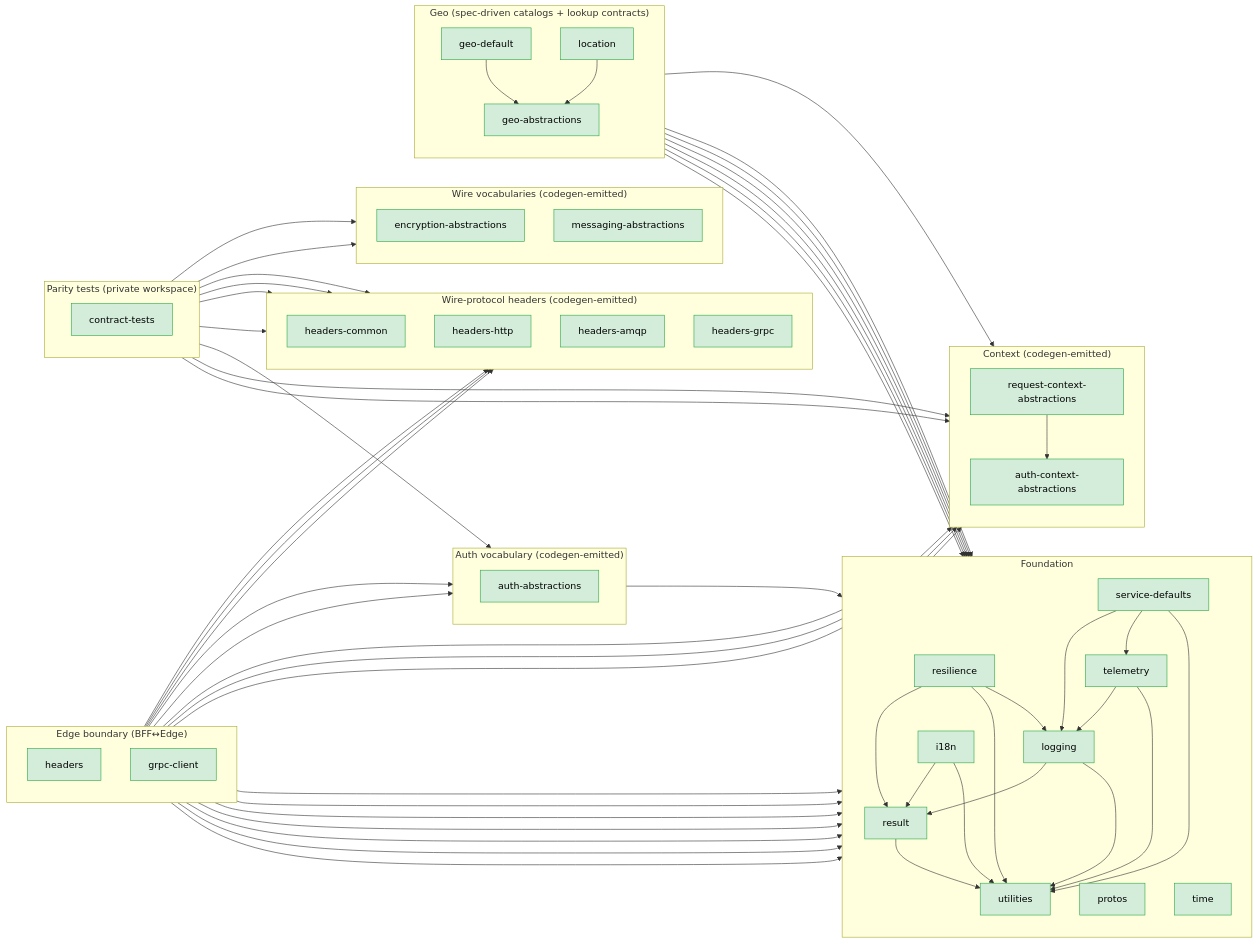
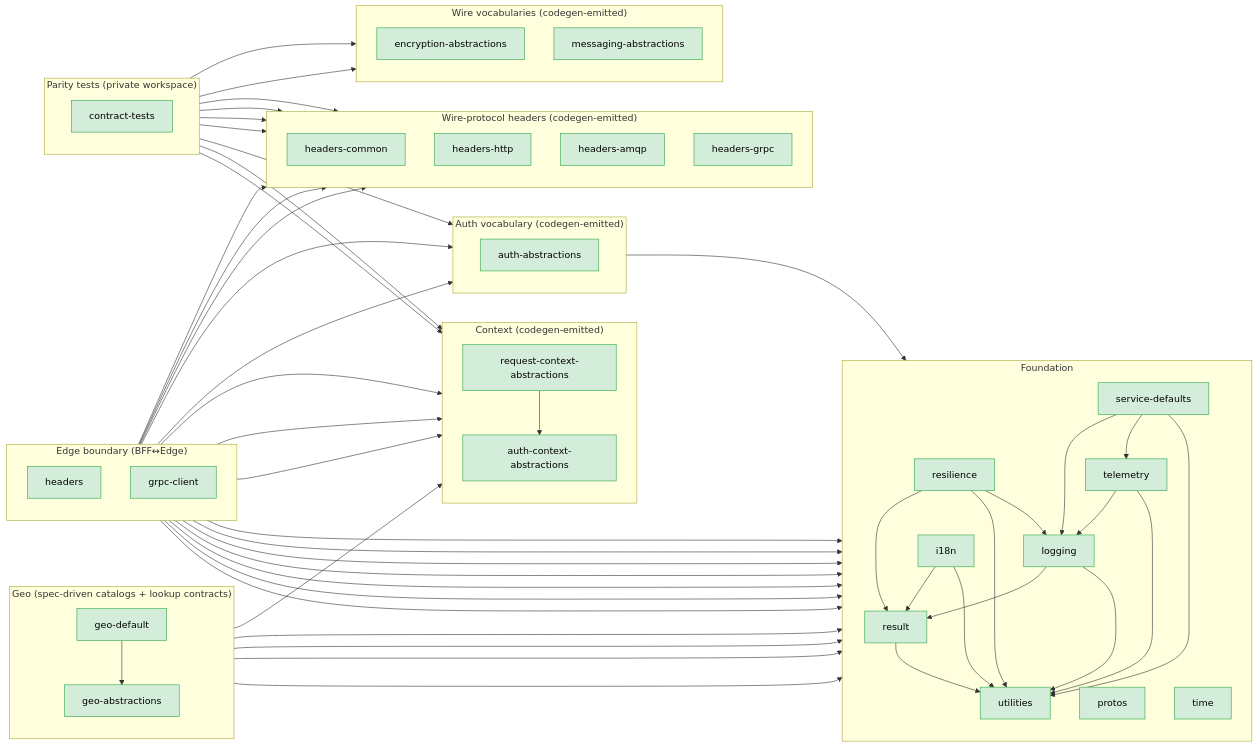
One commit to DSCV-io/D2-WORX changed the diagram in server/shared/typescript/README.md. Above: the diagram before and after it, drawn with Mermaid. The commit also changed other lines of this file and 30 other files, not shown here.

````diff
--- a/server/shared/typescript/README.md
+++ b/server/shared/typescript/README.md
@@ -93,7 +92,6 @@
         direction TB
         GeoAbs[geo-abstractions]
         GeoDefault[geo-default]
-        Location[location]
 
         GeoDefault --> GeoAbs
         GeoAbs --> Result
@@ -105,13 +103,6 @@
         GeoDefault --> Result
         GeoDefault --> Utilities
         GeoDefault --> ReqCtxAbs
-
-        %% location depends on geo-abstractions (CountryCode + SubdivisionCode
-        %% + parent-country derivation) plus the foundation Result + Utilities
-        %% — pure-domain by design (no geo-default).
-        Location --> GeoAbs
-        Location --> Result
-        Location --> Utilities
     end
 
     subgraph BOUNDARY["Edge boundary (BFF↔Edge)"]
@@ -166,5 +157,5 @@
     ServiceDefaults --> Telemetry
     ServiceDefaults --> Utilities
 
-    class Result,Utilities,Resilience,I18n,Logging,Telemetry,ServiceDefaults,Protos,Time,AuthCtxAbs,ReqCtxAbs,AuthAbs,HeadersCommon,HeadersHttp,HeadersAmqp,HeadersGrpc,EncryptionAbs,MessagingAbs,Headers,GrpcClient,ContractTests,GeoAbs,GeoDefault,Location built
+    class Result,Utilities,Resilience,I18n,Logging,Telemetry,ServiceDefaults,Protos,Time,AuthCtxAbs,ReqCtxAbs,AuthAbs,HeadersCommon,HeadersHttp,HeadersAmqp,HeadersGrpc,EncryptionAbs,MessagingAbs,Headers,GrpcClient,ContractTests,GeoAbs,GeoDefault built
 ```
````
